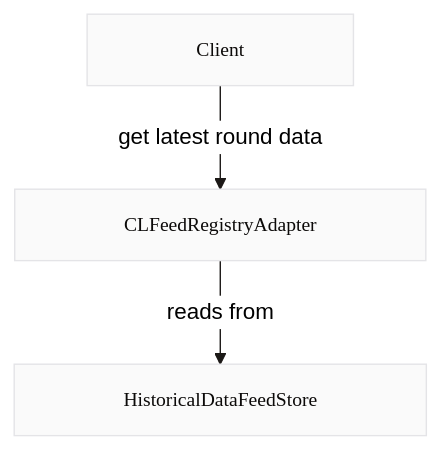
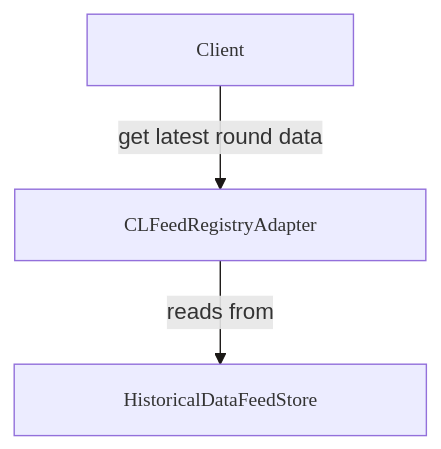
Before and after one commit to blocksense-network/blocksense-infra-test: the diagram in apps/docs.blocksense.network/app/docs/contracts/integration-guide/using-data-feeds/feed-registry/page.mdx, drawn with Mermaid. The commit also changed 2 other files, not shown here.

Commit message:
feat(docs.ws): Use Nextra support for mermaid and switching themes

````diff
--- a/apps/docs.blocksense.network/app/docs/contracts/integration-guide/using-data-feeds/feed-registry/page.mdx
+++ b/apps/docs.blocksense.network/app/docs/contracts/integration-guide/using-data-feeds/feed-registry/page.mdx
@@ -19,26 +19,22 @@
 ```mermaid
 ---
 config:
     rightAngles: true
-    theme: neutral
-    primaryColor: "#d0d0d0"
-    signalColor: "FF0000"
-    signalTextColor: "#808080"
 ---
 flowchart TD
-  classDef clientNode fill:#fafafa,color:#0c0a09,stroke:#e4e4e7,stroke-width:1px,shadow:2px 2px 5px #888888, display:block, padding:0rem 3rem, font-size: 0.875rem, font-family:'Fira Code', monospace;
-  classDef feedNode,dataNode fill:#fafafa,color:#0c0a09,stroke:#e4e4e7,stroke-width:1px,shadow:2px 2px 5px #888888, display:block, padding:0rem 3rem, font-size: 0.875rem, font-family:'Fira Code', monospace;
+  classDef clientNode display:block, padding:0rem 3rem, font-size: 0.875rem, font-family:'Fira Code', monospace;
+  classDef feedNode,dataNode display:block, padding:0rem 3rem, font-size: 0.875rem, font-family:'Fira Code', monospace;
   classDef feedNode:hover,dataNode:hover fill:#fafafa,color:#0000EE,stroke:#e4e4e7,stroke-width:1px,shadow:2px 2px 5px #888888, display:block, padding:0rem 3rem, font-size: 0.875rem, font-family:'Fira Code', monospace, text-decoration: underline, text-underline-offset: 4px;
 
   linkStyle default fill:none,stroke-width:1px,stroke:#1c1917
 
   A[Client] -->|get latest round data| FR[CLFeedRegistryAdapter]
   FR -->|reads from| DFS[HistoricalDataFeedStore]
 
   click FR "/docs/contracts/reference-documentation/CLFeedRegistryAdapter" "Go to CLFeedRegistryAdapter"
   click DFS "/docs/contracts/reference-documentation/HistoricalDataFeedStoreV2" "Go to HistoricalDataFeedStoreV2"
 
   class A clientNode
   class FR feedNode
   class DFS dataNode
 ```
````
